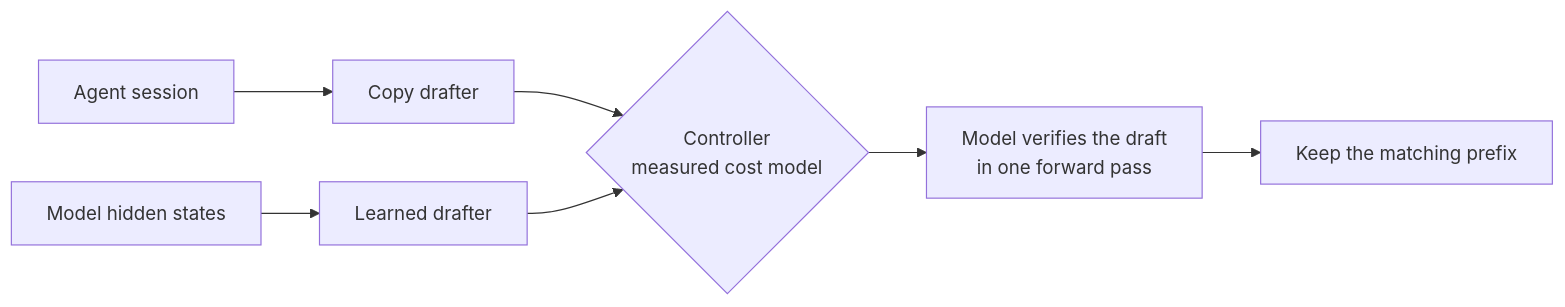
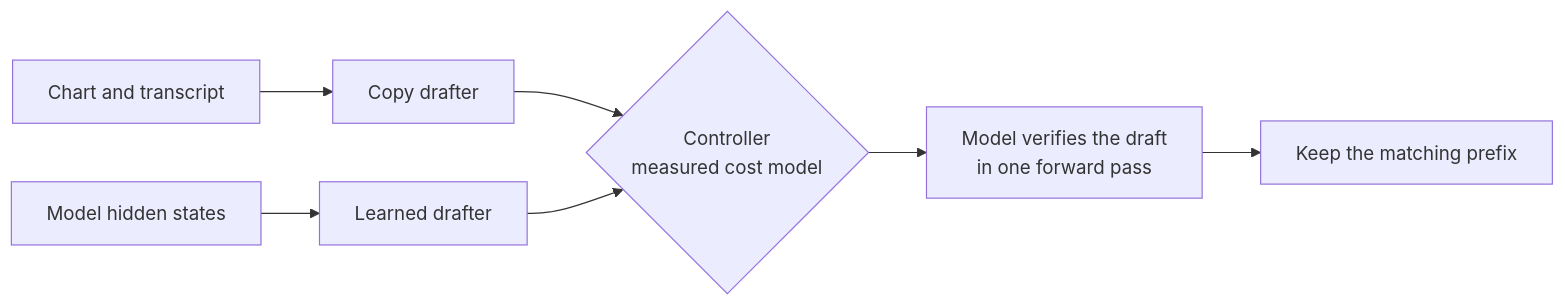
Before and after one commit to arnavbonigala/verbatim: the diagram in README.md, drawn with Mermaid. The commit also changed other lines of this file, not shown here.

````diff
--- a/README.md
+++ b/README.md
@@ -41,9 +59,9 @@
 ```mermaid
 flowchart LR
-    S[Agent session] --> C[Copy drafter]
+    S[Chart and transcript] --> C[Copy drafter]
     H[Model hidden states] --> L[Learned drafter]
     C --> K{Controller<br/>measured cost model}
     L --> K
     K --> V[Model verifies the draft<br/>in one forward pass]
     V --> O[Keep the matching prefix]
 ```
````
